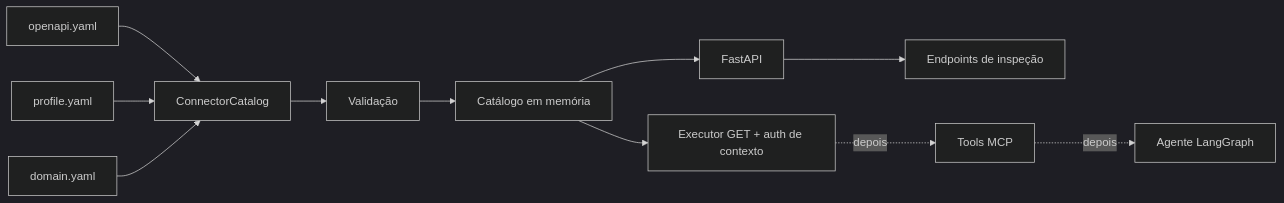
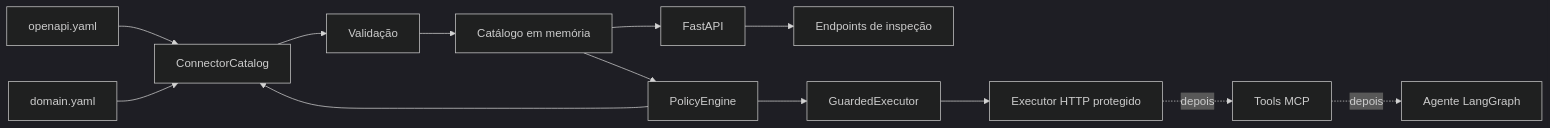
Before and after one commit to ChristianGandra21/indusguard: the first of 3 diagrams in docs/GUIA_COMPLETO.md, drawn with Mermaid (dark theme). The commit also changed other lines of this file and 16 other files, not shown here.

Commit message:
feat: add deterministic policy engine

````diff
--- a/docs/GUIA_COMPLETO.md
+++ b/docs/GUIA_COMPLETO.md
@@ -310,14 +315,16 @@
 ```mermaid
 flowchart LR
     O[openapi.yaml] --> C[ConnectorCatalog]
     P[profile.yaml] --> C
     D[domain.yaml] --> C
     C --> V[Validação]
     V --> M[Catálogo em memória]
     M --> F[FastAPI]
     F --> R[Endpoints de inspeção]
 
-    M --> E[Executor GET + auth de contexto]
+    M --> P[PolicyEngine]
+    P --> G[GuardedExecutor]
+    G --> E[Executor HTTP protegido]
     E -. depois .-> MCP[Tools MCP]
     MCP -. depois .-> A[Agente LangGraph]
 ```
````
